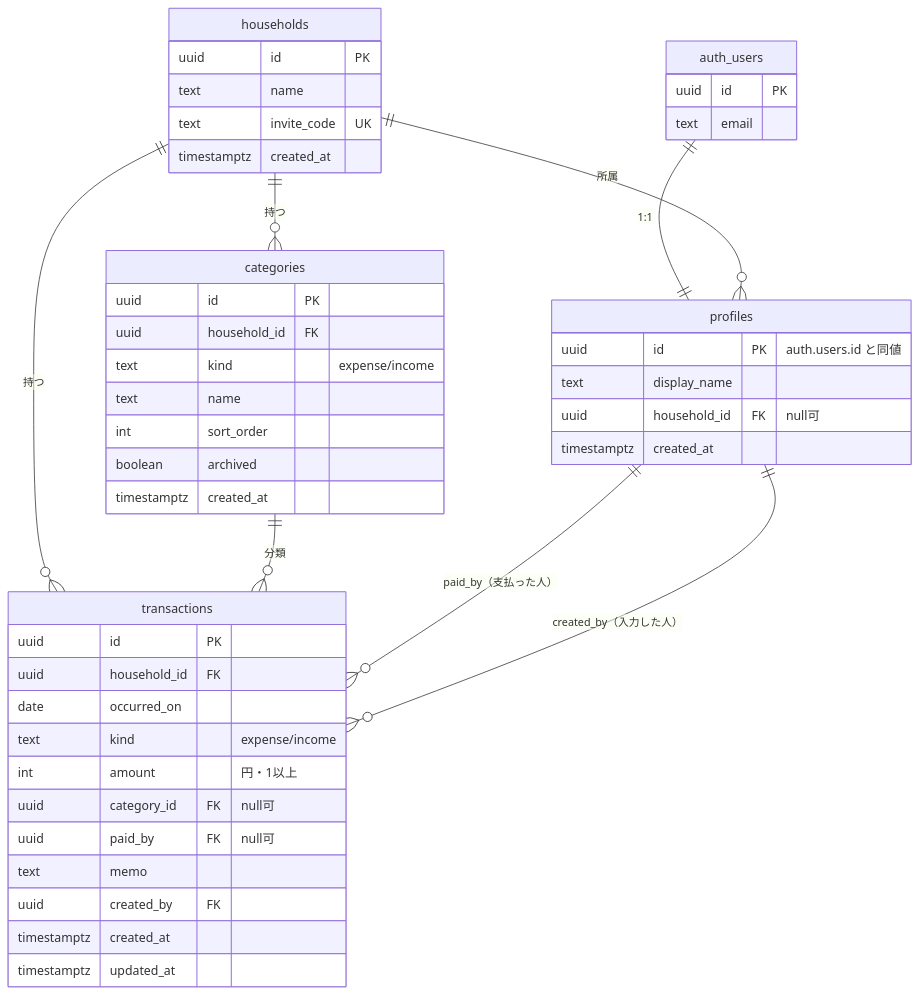
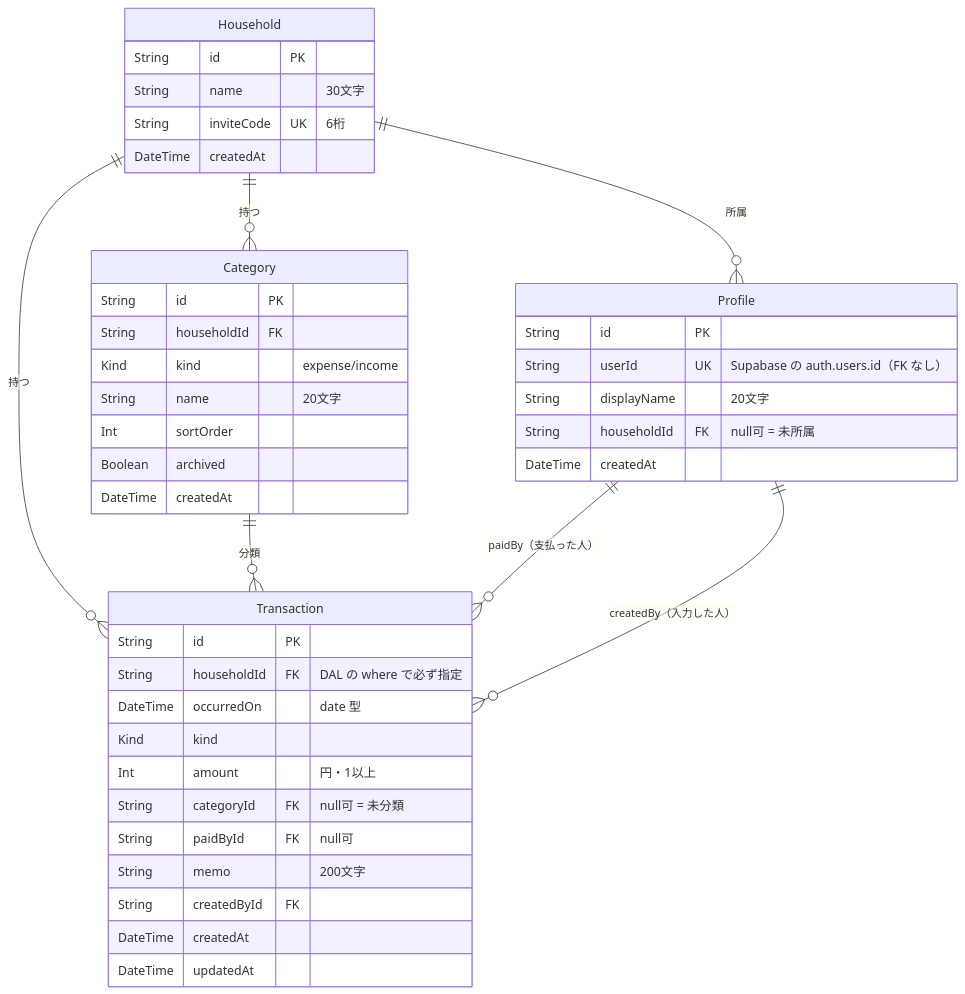
Before and after one commit to arize-matsuda/monely: the diagram in docs/02-design/database-design.md, drawn with Mermaid. The commit also changed other lines of this file and 34 other files, not shown here.

````diff
--- a/docs/02-design/database-design.md
+++ b/docs/02-design/database-design.md
@@ -42,49 +47,45 @@
 ```mermaid
 erDiagram
-    auth_users ||--|| profiles : "1:1"
-    households ||--o{ profiles : "所属"
-    households ||--o{ categories : "持つ"
-    households ||--o{ transactions : "持つ"
-    categories ||--o{ transactions : "分類"
-    profiles ||--o{ transactions : "paid_by（支払った人）"
-    profiles ||--o{ transactions : "created_by（入力した人）"
+    Household ||--o{ Profile : "所属"
+    Household ||--o{ Category : "持つ"
+    Household ||--o{ Transaction : "持つ"
+    Category ||--o{ Transaction : "分類"
+    Profile ||--o{ Transaction : "paidBy（支払った人）"
+    Profile ||--o{ Transaction : "createdBy（入力した人）"
 
-    auth_users {
-        uuid id PK
-        text email
+    Household {
+        String id PK
+        String name "30文字"
+        String inviteCode UK "6桁"
+        DateTime createdAt
     }
-    households {
-        uuid id PK
-        text name
-        text invite_code UK
-        timestamptz created_at
+    Profile {
+        String id PK
+        String userId UK "Supabase の auth.users.id（FK なし）"
+        String displayName "20文字"
+        String householdId FK "null可 = 未所属"
+        DateTime createdAt
     }
-    profiles {
-        uuid id PK "auth.users.id と同値"
-        text display_name
-        uuid household_id FK "null可"
-        timestamptz created_at
+    Category {
+        String id PK
+        String householdId FK
+        Kind kind "expense/income"
+        String name "20文字"
+        Int sortOrder
+        Boolean archived
+        DateTime createdAt
     }
-    categories {
-        uuid id PK
-        uuid household_id FK
-        text kind "expense/income"
-        text name
-        int sort_order
-        boolean archived
-        timestamptz created_at
-    }
-    transactions {
-        uuid id PK
-        uuid household_id FK
-        date occurred_on
-        text kind "expense/income"
-        int amount "円・1以上"
-        uuid category_id FK "null可"
-        uuid paid_by FK "null可"
-        text memo
-        uuid created_by FK
-        timestamptz created_at
-        timestamptz updated_at
+    Transaction {
+        String id PK
+        String householdId FK "DAL の where で必ず指定"
+        DateTime occurredOn "date 型"
+        Kind kind
+        Int amount "円・1以上"
+        String categoryId FK "null可 = 未分類"
+        String paidById FK "null可"
+        String memo "200文字"
+        String createdById FK
+        DateTime createdAt
+        DateTime updatedAt
     }
 ```
````
